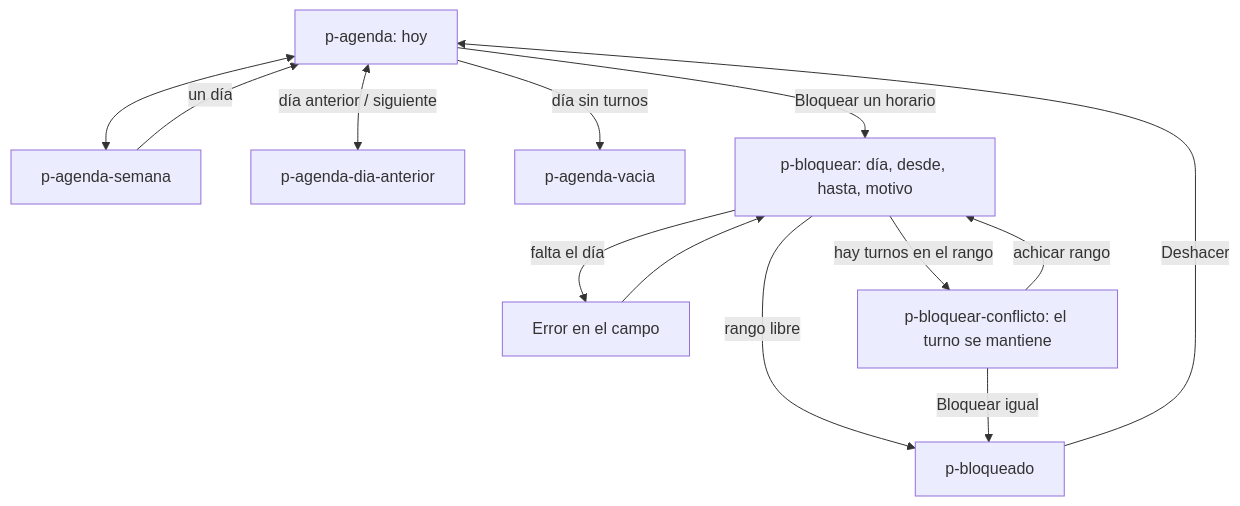
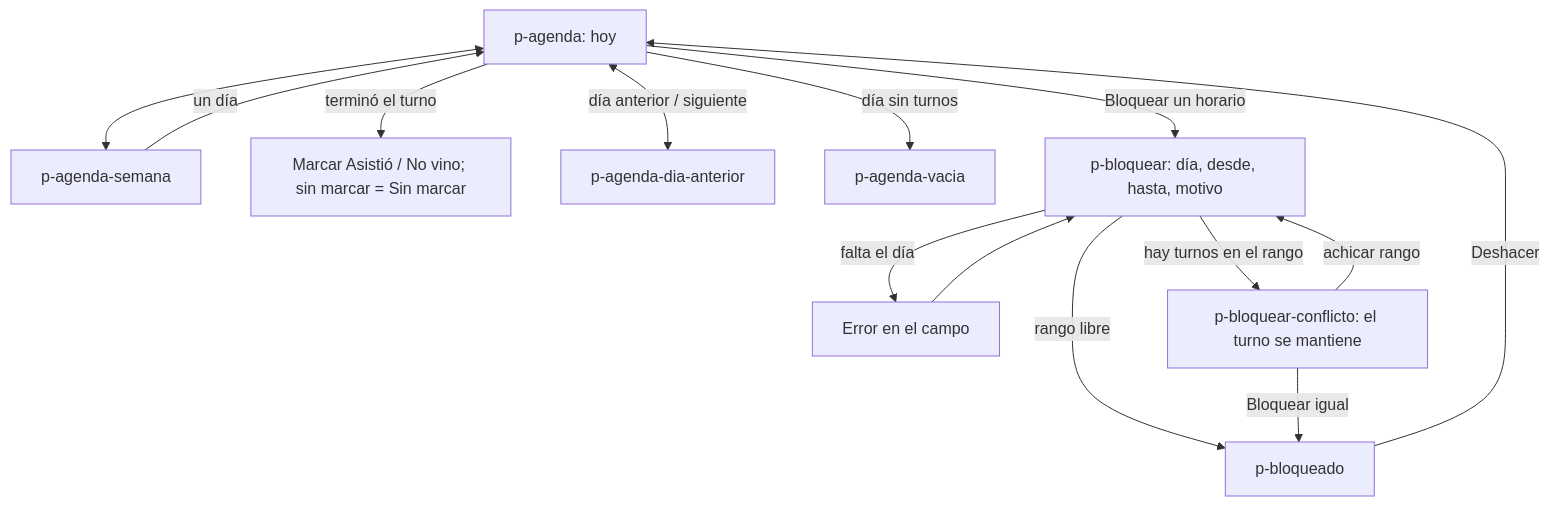
Before and after one commit to gm2dev/coop-agents-design: the sixth of 8 diagrams in initiatives/spa-reservas-mvp/flows.md, drawn with Mermaid. The commit also changed other lines of this file and 60 other files, not shown here.

````diff
--- a/initiatives/spa-reservas-mvp/flows.md
+++ b/initiatives/spa-reservas-mvp/flows.md
@@ -86,14 +93,15 @@
 ```mermaid
 flowchart TD
   A[p-agenda: hoy] <--> W[p-agenda-semana]
+  A -->|terminó el turno| AS[Marcar Asistió / No vino; sin marcar = Sin marcar]
   A <-->|día anterior / siguiente| Y[p-agenda-dia-anterior]
   W -->|un día| A
   A -->|día sin turnos| V[p-agenda-vacia]
   A -->|Bloquear un horario| B[p-bloquear: día, desde, hasta, motivo]
   B -->|falta el día| B1[Error en el campo] --> B
   B -->|hay turnos en el rango| C[p-bloquear-conflicto: el turno se mantiene]
   B -->|rango libre| OK[p-bloqueado]
   C -->|Bloquear igual| OK
   C -->|achicar rango| B
   OK -->|Deshacer| A
 ```
````
